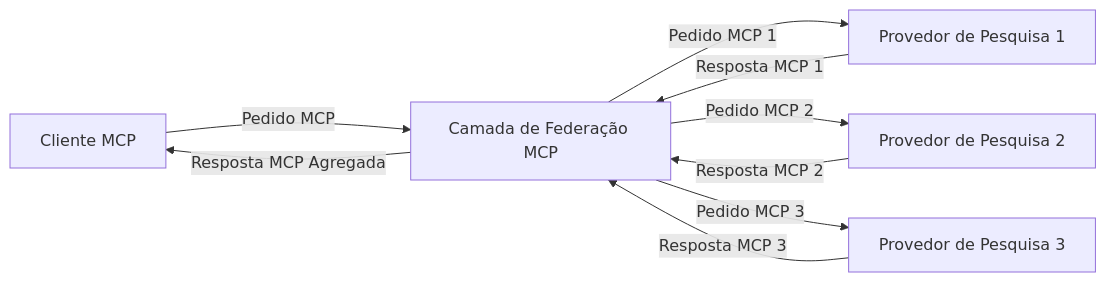
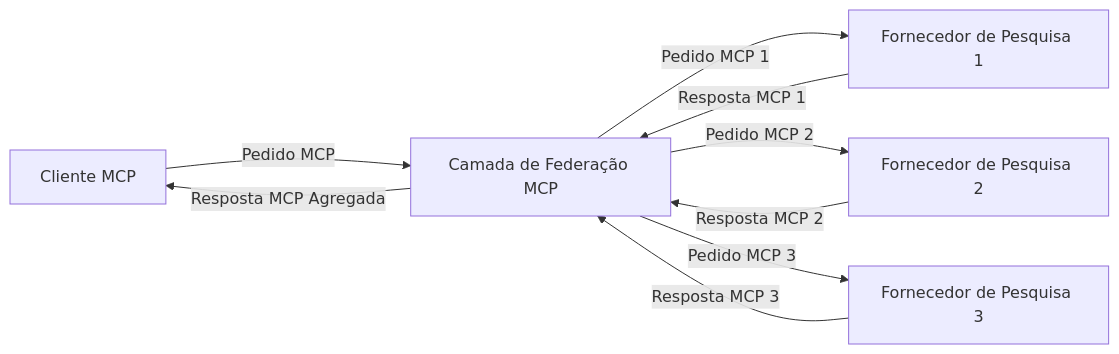
Before and after one commit to microsoft/mcp-for-beginners: the third of 4 diagrams in translations/pt-PT/05-AdvancedTopics/mcp-realtimesearch/README.md, drawn with Mermaid. The commit also changed other lines of this file and 129 other files, not shown here.

````diff
--- a/translations/pt-PT/05-AdvancedTopics/mcp-realtimesearch/README.md
+++ b/translations/pt-PT/05-AdvancedTopics/mcp-realtimesearch/README.md
@@ -610,11 +612,11 @@
 ```mermaid
 graph LR
     Client[Cliente MCP] --> |Pedido MCP| Federation[Camada de Federação MCP]
-    Federation --> |Pedido MCP 1| Search1[Provedor de Pesquisa 1]
-    Federation --> |Pedido MCP 2| Search2[Provedor de Pesquisa 2]
-    Federation --> |Pedido MCP 3| Search3[Provedor de Pesquisa 3]
+    Federation --> |Pedido MCP 1| Search1[Fornecedor de Pesquisa 1]
+    Federation --> |Pedido MCP 2| Search2[Fornecedor de Pesquisa 2]
+    Federation --> |Pedido MCP 3| Search3[Fornecedor de Pesquisa 3]
     Search1 --> |Resposta MCP 1| Federation
     Search2 --> |Resposta MCP 2| Federation
     Search3 --> |Resposta MCP 3| Federation
     Federation --> |Resposta MCP Agregada| Client
 ```
````
